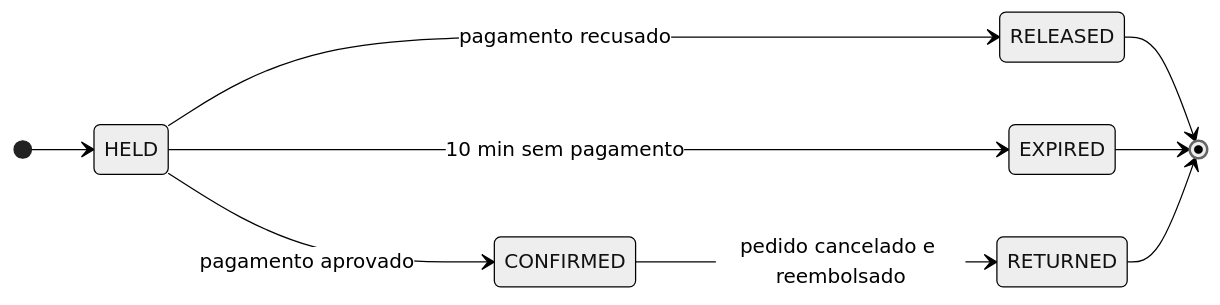
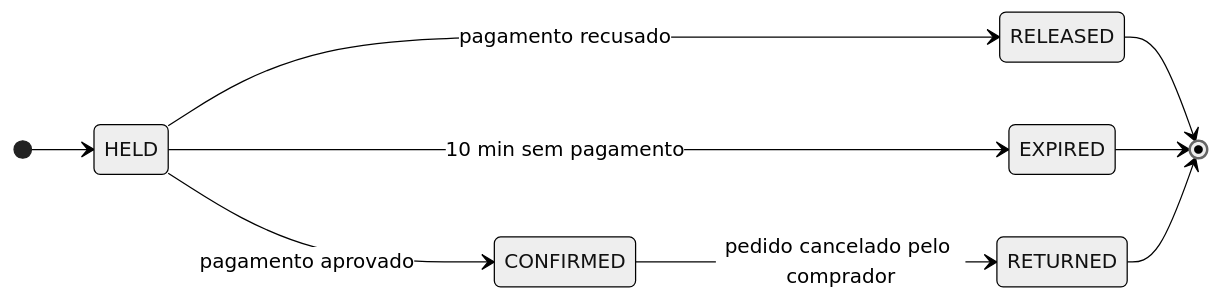
Before and after one commit to CezarGarcia/Lotou: the third of 7 diagrams in docs/projeto.md, drawn with Mermaid (neutral theme). The commit also changed other lines of this file and 43 other files, not shown here.

````diff
--- a/docs/projeto.md
+++ b/docs/projeto.md
@@ -190,12 +190,12 @@
 ```mermaid
 stateDiagram-v2
     direction LR
     [*] --> HELD
     HELD --> CONFIRMED: pagamento aprovado
     HELD --> RELEASED: pagamento recusado
     HELD --> EXPIRED: 10 min sem pagamento
-    CONFIRMED --> RETURNED: pedido cancelado e reembolsado
+    CONFIRMED --> RETURNED: pedido cancelado pelo comprador
     RELEASED --> [*]
     EXPIRED --> [*]
     RETURNED --> [*]
 ```
````
